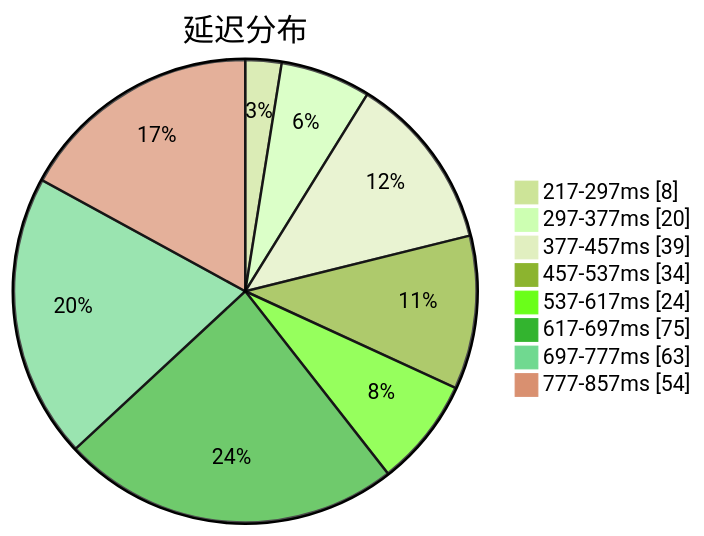
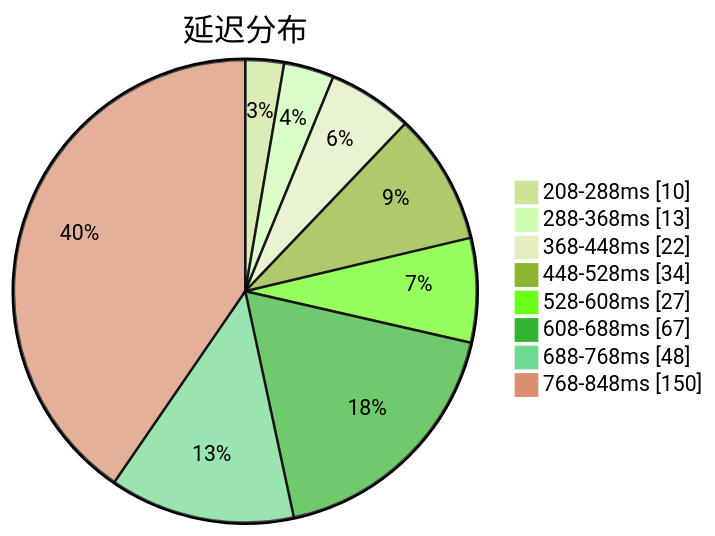
Before and after one commit to qjlxg/airport: the first of 3 diagrams in subs/statistics/tested_within.md, drawn with Mermaid (forest theme). The commit also changed other lines of this file and 2 other files, not shown here.

````diff
--- a/subs/statistics/tested_within.md
+++ b/subs/statistics/tested_within.md
@@ -2,12 +2,12 @@
 ```mermaid
 pie showData
 title 延迟分布
-"217-297ms" : 8
-"297-377ms" : 20
-"377-457ms" : 39
-"457-537ms" : 34
-"537-617ms" : 24
-"617-697ms" : 75
-"697-777ms" : 63
-"777-857ms" : 54
+"208-288ms" : 10
+"288-368ms" : 13
+"368-448ms" : 22
+"448-528ms" : 34
+"528-608ms" : 27
+"608-688ms" : 67
+"688-768ms" : 48
+"768-848ms" : 150
 ```
````
